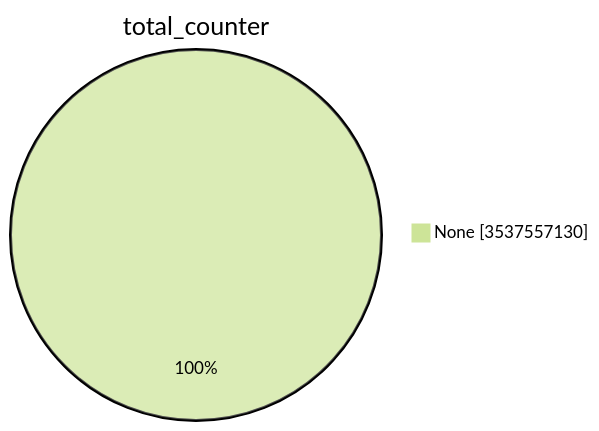
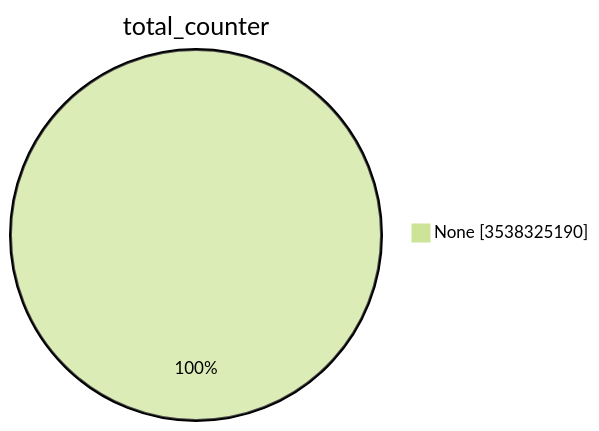
The first of 15 diagrams in TOTAL/README.md (christiankrug/ctmonitor_visualization), drawn with Mermaid (forest theme) before and after one commit. The commit also changed other lines of this file, not shown here.

````diff
--- a/TOTAL/README.md
+++ b/TOTAL/README.md
@@ -1,5 +1,5 @@
 ```mermaid
 pie showData
 title total_counter
-"None" :3537557130
+"None" :3538325190
 ```
````
